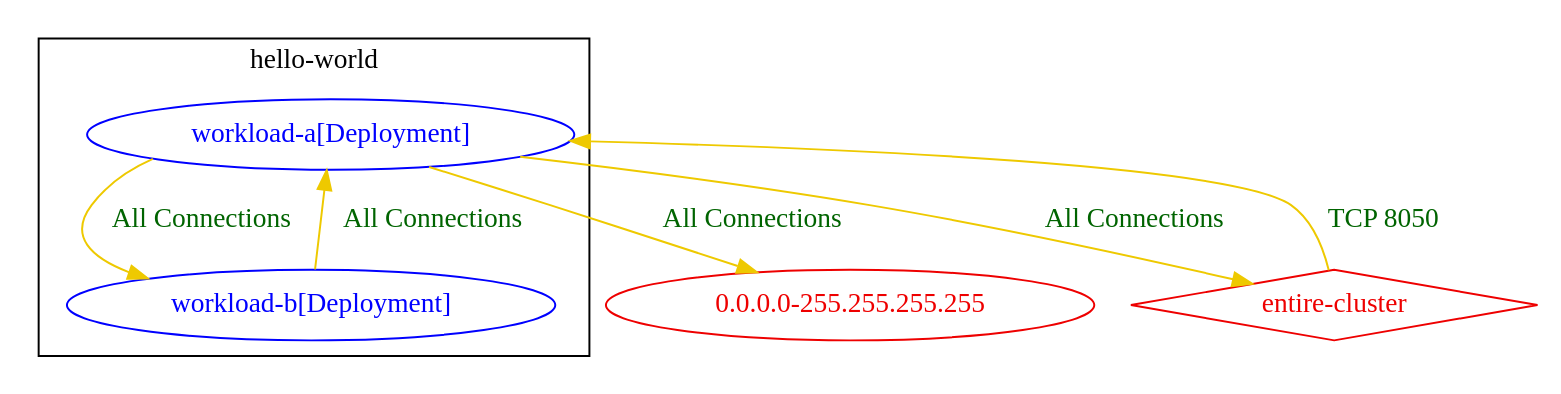
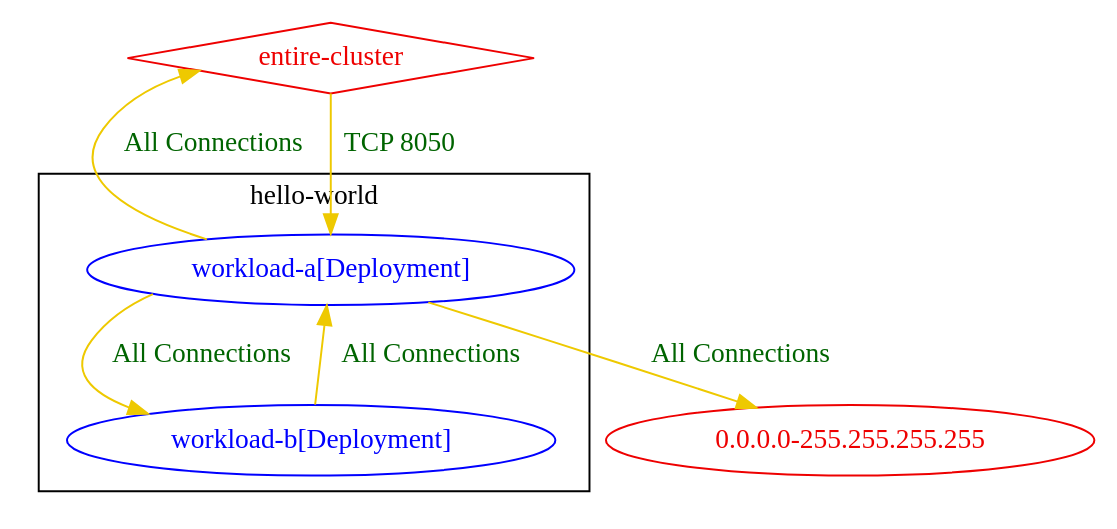
Before and after one commit to np-guard/netpol-analyzer: the diagram in test_outputs/connlist/exposure_test_matched_and_unmatched_rules_focus_workload_hello-world_workload-a_connlist_output.dot, drawn with Graphviz. The commit also changed 83 other files, not shown here.

```diff
--- a/test_outputs/connlist/exposure_test_matched_and_unmatched_rules_focus_workload_hello-world_workload-a_connlist_output.dot
+++ b/test_outputs/connlist/exposure_test_matched_and_unmatched_rules_focus_workload_hello-world_workload-a_connlist_output.dot
@@ -1,16 +1,16 @@
 digraph {
 	subgraph "cluster_hello_world" {
 		color="black"
 		fontcolor="black"
 		"hello-world/workload-a[Deployment]" [label="workload-a[Deployment]" color="blue" fontcolor="blue"]
 		"hello-world/workload-b[Deployment]" [label="workload-b[Deployment]" color="blue" fontcolor="blue"]
 		label="hello-world"
 	}
 	"0.0.0.0-255.255.255.255" [label="0.0.0.0-255.255.255.255" color="red2" fontcolor="red2"]
 	"entire-cluster" [label="entire-cluster" color="red2" fontcolor="red2" shape=diamond]
-	"entire-cluster" -> "hello-world/workload-a[Deployment]" [label="TCP 8050" color="gold2" fontcolor="darkgreen"]
+	"entire-cluster" -> "hello-world/workload-a[Deployment]" [label="TCP 8050" color="gold2" fontcolor="darkgreen" weight=1]
 	"hello-world/workload-a[Deployment]" -> "0.0.0.0-255.255.255.255" [label="All Connections" color="gold2" fontcolor="darkgreen"]
-	"hello-world/workload-a[Deployment]" -> "entire-cluster" [label="All Connections" color="gold2" fontcolor="darkgreen"]
+	"hello-world/workload-a[Deployment]" -> "entire-cluster" [label="All Connections" color="gold2" fontcolor="darkgreen" weight=0.5]
 	"hello-world/workload-a[Deployment]" -> "hello-world/workload-b[Deployment]" [label="All Connections" color="gold2" fontcolor="darkgreen"]
 	"hello-world/workload-b[Deployment]" -> "hello-world/workload-a[Deployment]" [label="All Connections" color="gold2" fontcolor="darkgreen"]
 }
```
